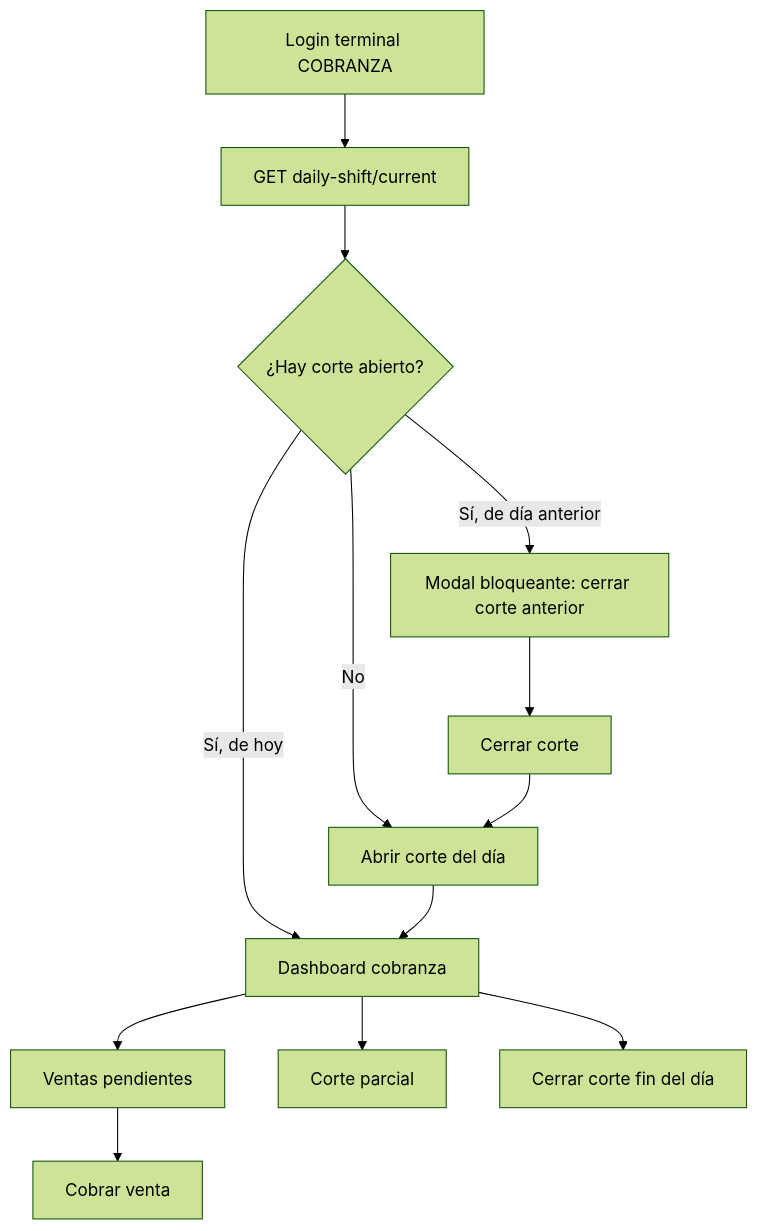
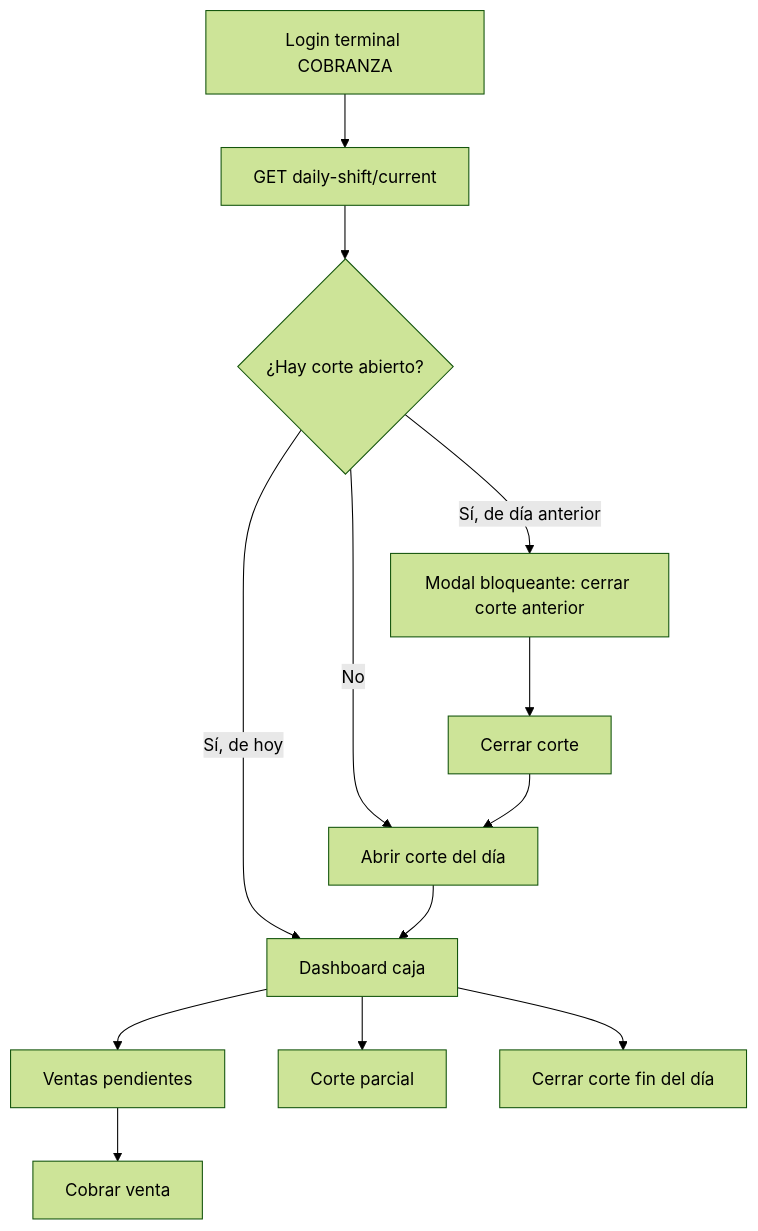
The first of 5 diagrams in src/api/pos-shifts/docs/UI_POS_FLOW.md (sinergy-digital-mx/sinergy-erp-backend-clients), drawn with Mermaid (forest theme) before and after one commit. The commit also changed other lines of this file and 181 other files, not shown here.

````diff
--- a/src/api/pos-shifts/docs/UI_POS_FLOW.md
+++ b/src/api/pos-shifts/docs/UI_POS_FLOW.md
@@ -199,15 +199,15 @@
 ```mermaid
 flowchart TD
     A[Login terminal COBRANZA] --> B[GET daily-shift/current]
     B --> C{¿Hay corte abierto?}
     C -->|No| D[Abrir corte del día]
-    C -->|Sí, de hoy| E[Dashboard cobranza]
+    C -->|Sí, de hoy| E[Dashboard caja]
     C -->|Sí, de día anterior| F[Modal bloqueante: cerrar corte anterior]
     F --> G[Cerrar corte]
     G --> D
     D --> E
     E --> H[Ventas pendientes]
     E --> I[Corte parcial]
     E --> J[Cerrar corte fin del día]
     H --> K[Cobrar venta]
 ```
````
